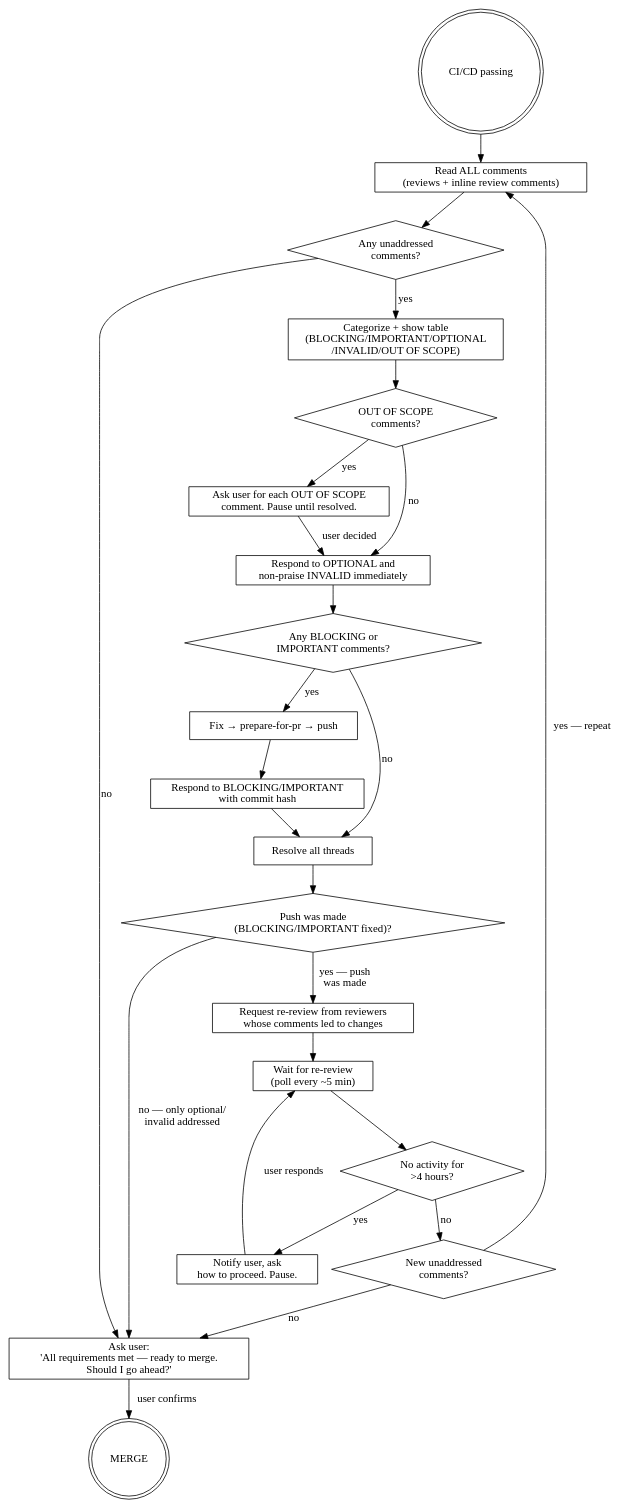
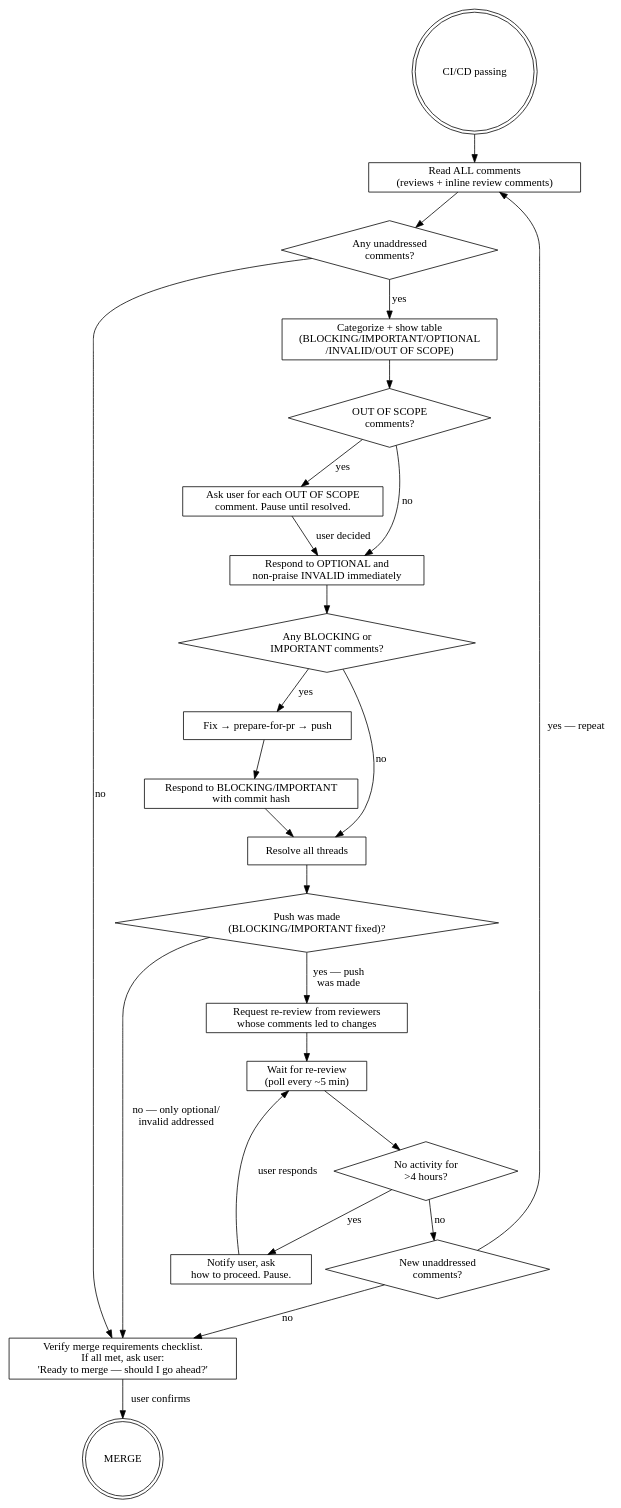
One commit to kirich1409/krozov-ai-tools changed the second of 2 diagrams in plugins/developer-workflow/skills/pr-drive-to-merge/SKILL.md. Above: the diagram before and after it, drawn with Graphviz. The commit also changed other lines of this file, not shown here.

Commit message:
fix(pr-drive-to-merge): fix example table praise row, confirm_merge label, GitLab project ID

````diff
--- a/plugins/developer-workflow/skills/pr-drive-to-merge/SKILL.md
+++ b/plugins/developer-workflow/skills/pr-drive-to-merge/SKILL.md
@@ -77,50 +77,50 @@
 ```dot
 digraph review {
     rankdir=TB;
 
     start [label="CI/CD passing", shape=doublecircle];
     read_all [label="Read ALL comments\n(reviews + inline review comments)", shape=box];
     any_comments [label="Any unaddressed\ncomments?", shape=diamond];
     categorize [label="Categorize + show table\n(BLOCKING/IMPORTANT/OPTIONAL\n/INVALID/OUT OF SCOPE)", shape=box];
     oos_present [label="OUT OF SCOPE\ncomments?", shape=diamond];
     ask_oos [label="Ask user for each OUT OF SCOPE\ncomment. Pause until resolved.", shape=box];
     respond_optional [label="Respond to OPTIONAL and\nnon-praise INVALID immediately", shape=box];
     any_fix [label="Any BLOCKING or\nIMPORTANT comments?", shape=diamond];
     push [label="Fix → prepare-for-pr → push", shape=box];
     respond_fixed [label="Respond to BLOCKING/IMPORTANT\nwith commit hash", shape=box];
     resolve [label="Resolve all threads", shape=box];
     fixes_made [label="Push was made\n(BLOCKING/IMPORTANT fixed)?", shape=diamond];
     rereview [label="Request re-review from reviewers\nwhose comments led to changes", shape=box];
     wait [label="Wait for re-review\n(poll every ~5 min)", shape=box];
     stale_check [label="No activity for\n>4 hours?", shape=diamond];
     notify_stale [label="Notify user, ask\nhow to proceed. Pause.", shape=box];
     new_comments [label="New unaddressed\ncomments?", shape=diamond];
-    confirm_merge [label="Ask user:\n'All requirements met — ready to merge.\nShould I go ahead?'", shape=box];
+    confirm_merge [label="Verify merge requirements checklist.\nIf all met, ask user:\n'Ready to merge — should I go ahead?'", shape=box];
     done [label="MERGE", shape=doublecircle];
 
     start -> read_all;
     read_all -> any_comments;
     any_comments -> categorize [label="yes"];
     any_comments -> confirm_merge [label="no"];
     categorize -> oos_present;
     oos_present -> ask_oos [label="yes"];
     oos_present -> respond_optional [label="no"];
     ask_oos -> respond_optional [label="user decided"];
     respond_optional -> any_fix;
     any_fix -> push [label="yes"];
     any_fix -> resolve [label="no"];
     push -> respond_fixed;
     respond_fixed -> resolve;
     resolve -> fixes_made;
     fixes_made -> rereview [label="yes — push\nwas made"];
     fixes_made -> confirm_merge [label="no — only optional/\ninvalid addressed"];
     rereview -> wait;
     wait -> stale_check;
     stale_check -> notify_stale [label="yes"];
     notify_stale -> wait [label="user responds"];
     stale_check -> new_comments [label="no"];
     new_comments -> read_all [label="yes — repeat"];
     new_comments -> confirm_merge [label="no"];
     confirm_merge -> done [label="user confirms"];
 }
 ```
````
